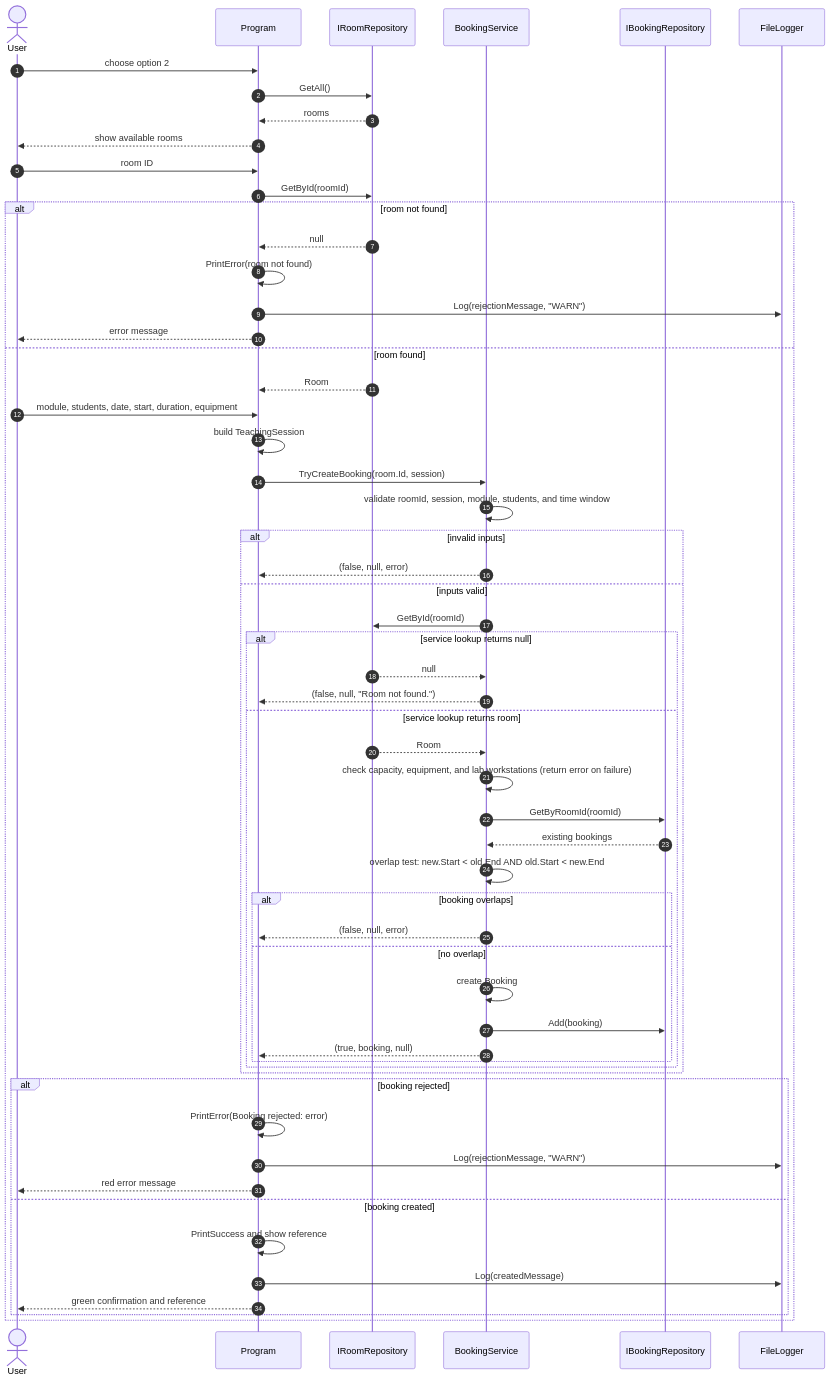
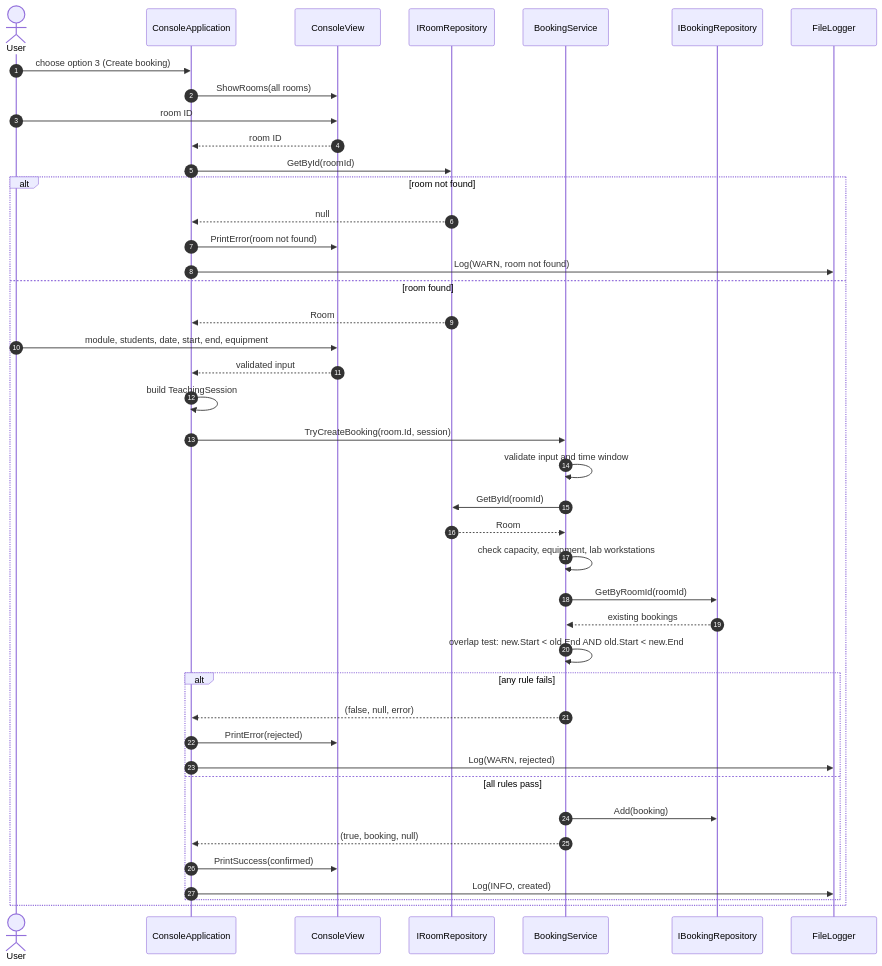
One commit to bj10wb/RoomBookingSystem changed the second of 3 diagrams in docs/diagrams.md. Above: the diagram before and after it, drawn with Mermaid. The commit also changed other lines of this file and 4 other files, not shown here.

````diff
--- a/docs/diagrams.md
+++ b/docs/diagrams.md
@@ -123,60 +155,45 @@
 ```mermaid
 sequenceDiagram
 autonumber
 actor User
-participant P as Program
+participant A as ConsoleApplication
+participant V as ConsoleView
 participant RR as IRoomRepository
 participant S as BookingService
 participant BR as IBookingRepository
 participant L as FileLogger
 
-User->>P: choose option 2
-P->>RR: GetAll()
-RR-->>P: rooms
-P-->>User: show available rooms
-User->>P: room ID
-P->>RR: GetById(roomId)
+User->>A: choose option 3 (Create booking)
+A->>V: ShowRooms(all rooms)
+User->>V: room ID
+V-->>A: room ID
+A->>RR: GetById(roomId)
 alt room not found
-  RR-->>P: null
-  P->>P: PrintError(room not found)
-  P->>L: Log(rejectionMessage, "WARN")
-  P-->>User: error message
+  RR-->>A: null
+  A->>V: PrintError(room not found)
+  A->>L: Log(WARN, room not found)
 else room found
-  RR-->>P: Room
-  User->>P: module, students, date, start, duration, equipment
-  P->>P: build TeachingSession
-  P->>S: TryCreateBooking(room.Id, session)
-  S->>S: validate roomId, session, module, students, and time window
-  alt invalid inputs
-	S-->>P: (false, null, error)
-  else inputs valid
-	S->>RR: GetById(roomId)
-	alt service lookup returns null
-	  RR-->>S: null
-	  S-->>P: (false, null, "Room not found.")
-	else service lookup returns room
-	  RR-->>S: Room
-	  S->>S: check capacity, equipment, and lab workstations (return error on failure)
-	  S->>BR: GetByRoomId(roomId)
-	  BR-->>S: existing bookings
-	  S->>S: overlap test: new.Start < old.End AND old.Start < new.End
-	  alt booking overlaps
-		S-->>P: (false, null, error)
-	  else no overlap
-		S->>S: create Booking
-		S->>BR: Add(booking)
-		S-->>P: (true, booking, null)
-	  end
-	end
-  end
-  alt booking rejected
-	P->>P: PrintError(Booking rejected: error)
-	P->>L: Log(rejectionMessage, "WARN")
-	P-->>User: red error message
-  else booking created
-	P->>P: PrintSuccess and show reference
-	P->>L: Log(createdMessage)
-	P-->>User: green confirmation and reference
+  RR-->>A: Room
+  User->>V: module, students, date, start, end, equipment
+  V-->>A: validated input
+  A->>A: build TeachingSession
+  A->>S: TryCreateBooking(room.Id, session)
+  S->>S: validate input and time window
+  S->>RR: GetById(roomId)
+  RR-->>S: Room
+  S->>S: check capacity, equipment, lab workstations
+  S->>BR: GetByRoomId(roomId)
+  BR-->>S: existing bookings
+  S->>S: overlap test: new.Start < old.End AND old.Start < new.End
+  alt any rule fails
+    S-->>A: (false, null, error)
+    A->>V: PrintError(rejected)
+    A->>L: Log(WARN, rejected)
+  else all rules pass
+    S->>BR: Add(booking)
+    S-->>A: (true, booking, null)
+    A->>V: PrintSuccess(confirmed)
+    A->>L: Log(INFO, created)
   end
 end
 ```
````
